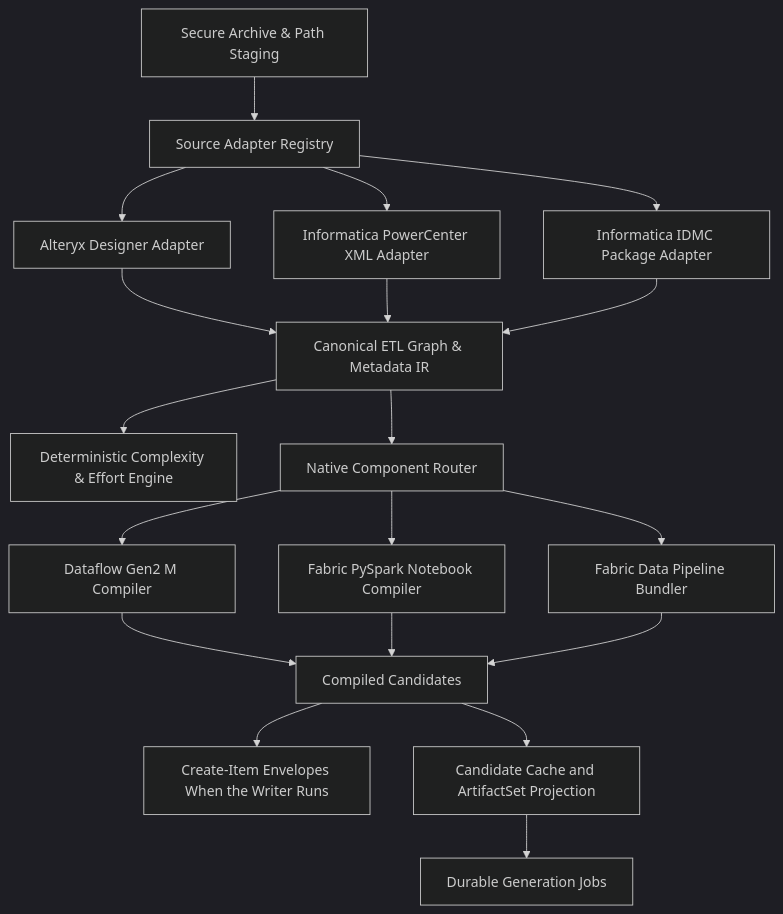
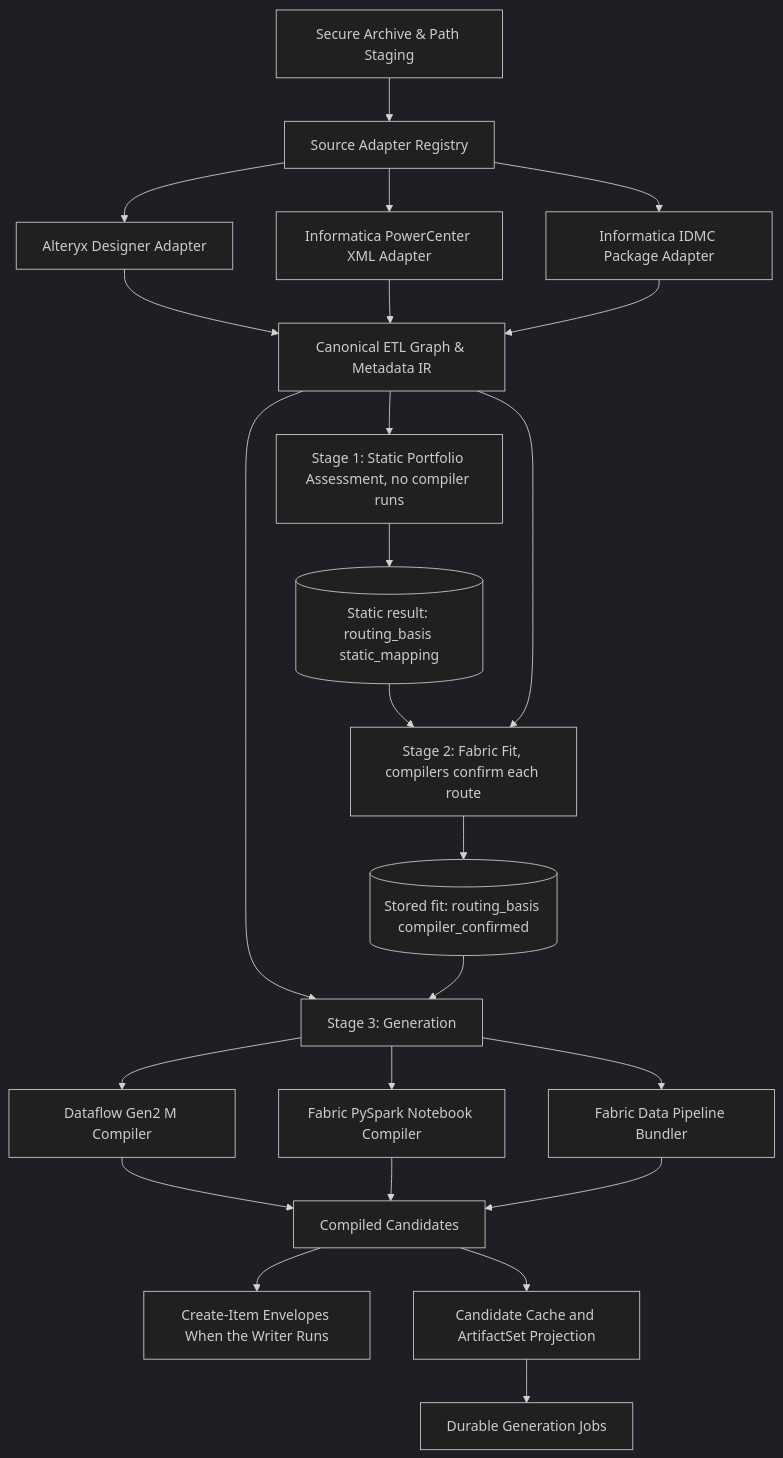
The second of 2 diagrams in docs/Architecture/system-architecture.md (chanderksharma/fabric-etl-migration-accelerator), drawn with Mermaid (dark theme) before and after one commit. The commit also changed other lines of this file and 39 other files, not shown here.

````diff
--- a/docs/Architecture/system-architecture.md
+++ b/docs/Architecture/system-architecture.md
@@ -47,21 +47,26 @@
 ```mermaid
 flowchart TB
     Intake[Secure Archive & Path Staging] --> Detect[Source Adapter Registry]
     Detect --> AYX[Alteryx Designer Adapter]
     Detect --> PC[Informatica PowerCenter XML Adapter]
     Detect --> IDMC[Informatica IDMC Package Adapter]
     AYX --> IR[Canonical ETL Graph & Metadata IR]
     PC --> IR
     IDMC --> IR
-    IR --> Assess[Deterministic Complexity & Effort Engine]
-    IR --> Route[Native Component Router]
-    Route --> DF[Dataflow Gen2 M Compiler]
-    Route --> NB[Fabric PySpark Notebook Compiler]
-    Route --> PL[Fabric Data Pipeline Bundler]
+    IR --> Assess[Stage 1: Static Portfolio Assessment, no compiler runs]
+    Assess --> Static[(Static result: routing_basis static_mapping)]
+    Static --> Fit[Stage 2: Fabric Fit, compilers confirm each route]
+    IR --> Fit
+    Fit --> Confirmed[(Stored fit: routing_basis compiler_confirmed)]
+    IR --> Gen[Stage 3: Generation]
+    Confirmed --> Gen
+    Gen --> DF[Dataflow Gen2 M Compiler]
+    Gen --> NB[Fabric PySpark Notebook Compiler]
+    Gen --> PL[Fabric Data Pipeline Bundler]
     DF --> Candidates[Compiled Candidates]
     NB --> Candidates
     PL --> Candidates
     Candidates --> Env[Create-Item Envelopes When the Writer Runs]
     Candidates --> Cache[Candidate Cache and ArtifactSet Projection]
     Cache --> Jobs[Durable Generation Jobs]
 ```
````
